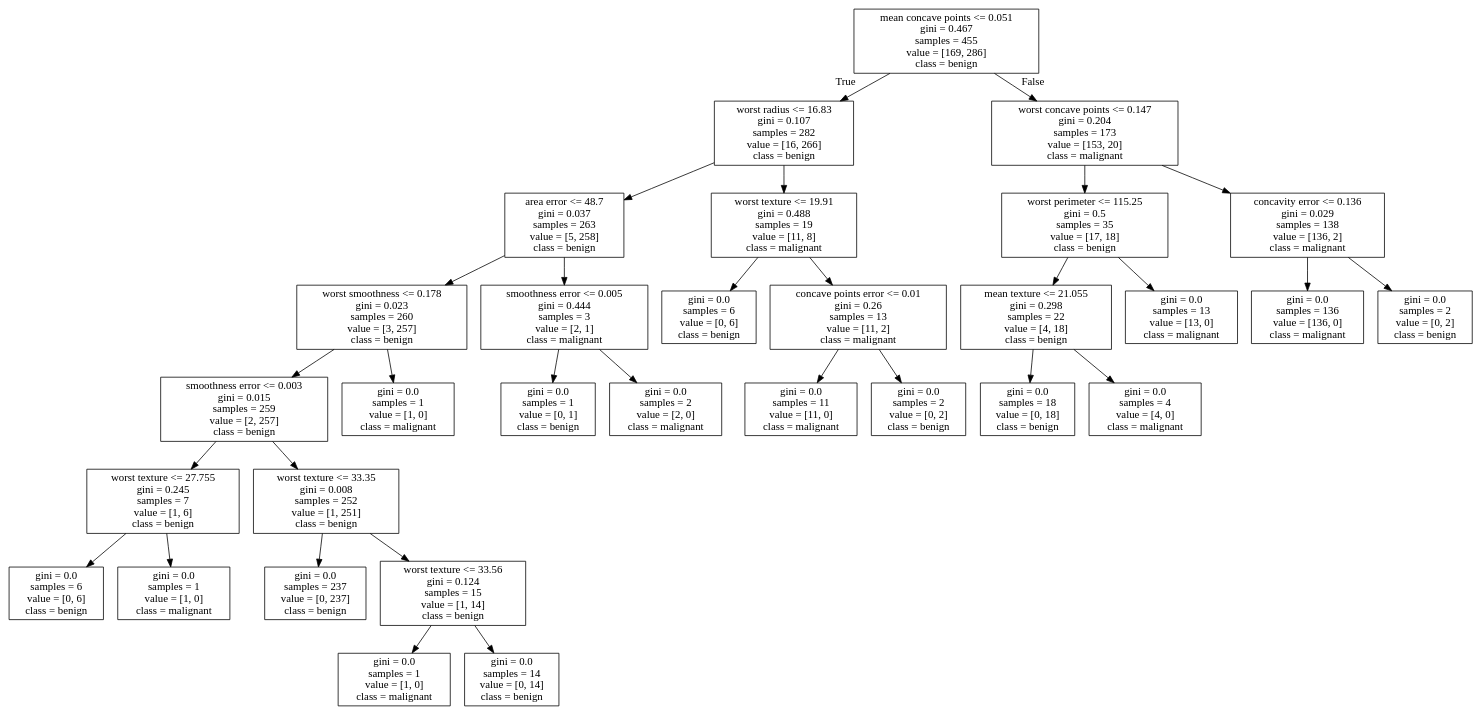
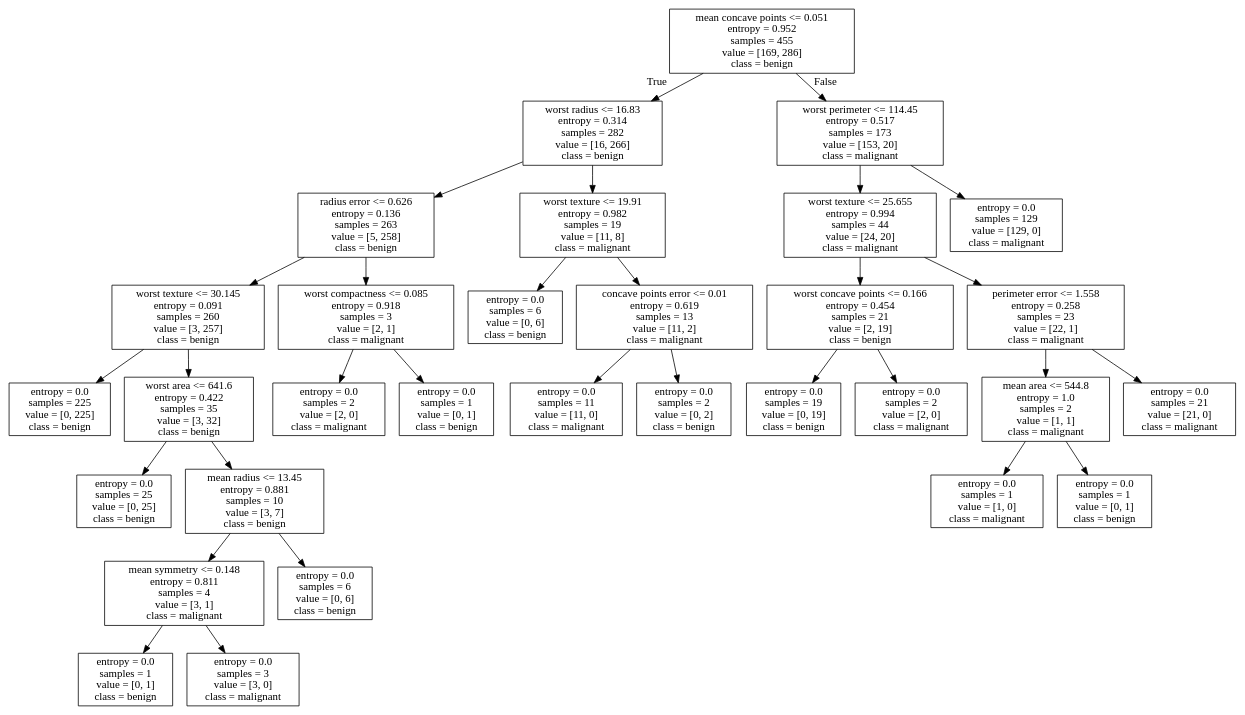
The diagram in P5_AplicacionML/tree.dot (Pedr0714/-CTE0156-holamundo), drawn with Graphviz before and after one commit. The commit also changed 2 other files, not shown here.

```diff
--- a/P5_AplicacionML/tree.dot
+++ b/P5_AplicacionML/tree.dot
@@ -1,64 +1,64 @@
 digraph Tree {
 node [shape=box] ;
-0 [label="mean concave points <= 0.051\ngini = 0.467\nsamples = 455\nvalue = [169, 286]\nclass = benign"] ;
-1 [label="worst radius <= 16.83\ngini = 0.107\nsamples = 282\nvalue = [16, 266]\nclass = benign"] ;
+0 [label="mean concave points <= 0.051\nentropy = 0.952\nsamples = 455\nvalue = [169, 286]\nclass = benign"] ;
+1 [label="worst radius <= 16.83\nentropy = 0.314\nsamples = 282\nvalue = [16, 266]\nclass = benign"] ;
 0 -> 1 [labeldistance=2.5, labelangle=45, headlabel="True"] ;
-2 [label="area error <= 48.7\ngini = 0.037\nsamples = 263\nvalue = [5, 258]\nclass = benign"] ;
+2 [label="radius error <= 0.626\nentropy = 0.136\nsamples = 263\nvalue = [5, 258]\nclass = benign"] ;
 1 -> 2 ;
-3 [label="worst smoothness <= 0.178\ngini = 0.023\nsamples = 260\nvalue = [3, 257]\nclass = benign"] ;
+3 [label="worst texture <= 30.145\nentropy = 0.091\nsamples = 260\nvalue = [3, 257]\nclass = benign"] ;
 2 -> 3 ;
-4 [label="smoothness error <= 0.003\ngini = 0.015\nsamples = 259\nvalue = [2, 257]\nclass = benign"] ;
+4 [label="entropy = 0.0\nsamples = 225\nvalue = [0, 225]\nclass = benign"] ;
 3 -> 4 ;
-5 [label="worst texture <= 27.755\ngini = 0.245\nsamples = 7\nvalue = [1, 6]\nclass = benign"] ;
-4 -> 5 ;
-6 [label="gini = 0.0\nsamples = 6\nvalue = [0, 6]\nclass = benign"] ;
+5 [label="worst area <= 641.6\nentropy = 0.422\nsamples = 35\nvalue = [3, 32]\nclass = benign"] ;
+3 -> 5 ;
+6 [label="entropy = 0.0\nsamples = 25\nvalue = [0, 25]\nclass = benign"] ;
 5 -> 6 ;
-7 [label="gini = 0.0\nsamples = 1\nvalue = [1, 0]\nclass = malignant"] ;
+7 [label="mean radius <= 13.45\nentropy = 0.881\nsamples = 10\nvalue = [3, 7]\nclass = benign"] ;
 5 -> 7 ;
-8 [label="worst texture <= 33.35\ngini = 0.008\nsamples = 252\nvalue = [1, 251]\nclass = benign"] ;
-4 -> 8 ;
-9 [label="gini = 0.0\nsamples = 237\nvalue = [0, 237]\nclass = benign"] ;
+8 [label="mean symmetry <= 0.148\nentropy = 0.811\nsamples = 4\nvalue = [3, 1]\nclass = malignant"] ;
+7 -> 8 ;
+9 [label="entropy = 0.0\nsamples = 1\nvalue = [0, 1]\nclass = benign"] ;
 8 -> 9 ;
-10 [label="worst texture <= 33.56\ngini = 0.124\nsamples = 15\nvalue = [1, 14]\nclass = benign"] ;
+10 [label="entropy = 0.0\nsamples = 3\nvalue = [3, 0]\nclass = malignant"] ;
 8 -> 10 ;
-11 [label="gini = 0.0\nsamples = 1\nvalue = [1, 0]\nclass = malignant"] ;
-10 -> 11 ;
-12 [label="gini = 0.0\nsamples = 14\nvalue = [0, 14]\nclass = benign"] ;
-10 -> 12 ;
-13 [label="gini = 0.0\nsamples = 1\nvalue = [1, 0]\nclass = malignant"] ;
-3 -> 13 ;
-14 [label="smoothness error <= 0.005\ngini = 0.444\nsamples = 3\nvalue = [2, 1]\nclass = malignant"] ;
-2 -> 14 ;
-15 [label="gini = 0.0\nsamples = 1\nvalue = [0, 1]\nclass = benign"] ;
-14 -> 15 ;
-16 [label="gini = 0.0\nsamples = 2\nvalue = [2, 0]\nclass = malignant"] ;
-14 -> 16 ;
-17 [label="worst texture <= 19.91\ngini = 0.488\nsamples = 19\nvalue = [11, 8]\nclass = malignant"] ;
-1 -> 17 ;
-18 [label="gini = 0.0\nsamples = 6\nvalue = [0, 6]\nclass = benign"] ;
+11 [label="entropy = 0.0\nsamples = 6\nvalue = [0, 6]\nclass = benign"] ;
+7 -> 11 ;
+12 [label="worst compactness <= 0.085\nentropy = 0.918\nsamples = 3\nvalue = [2, 1]\nclass = malignant"] ;
+2 -> 12 ;
+13 [label="entropy = 0.0\nsamples = 2\nvalue = [2, 0]\nclass = malignant"] ;
+12 -> 13 ;
+14 [label="entropy = 0.0\nsamples = 1\nvalue = [0, 1]\nclass = benign"] ;
+12 -> 14 ;
+15 [label="worst texture <= 19.91\nentropy = 0.982\nsamples = 19\nvalue = [11, 8]\nclass = malignant"] ;
+1 -> 15 ;
+16 [label="entropy = 0.0\nsamples = 6\nvalue = [0, 6]\nclass = benign"] ;
+15 -> 16 ;
+17 [label="concave points error <= 0.01\nentropy = 0.619\nsamples = 13\nvalue = [11, 2]\nclass = malignant"] ;
+15 -> 17 ;
+18 [label="entropy = 0.0\nsamples = 11\nvalue = [11, 0]\nclass = malignant"] ;
 17 -> 18 ;
-19 [label="concave points error <= 0.01\ngini = 0.26\nsamples = 13\nvalue = [11, 2]\nclass = malignant"] ;
+19 [label="entropy = 0.0\nsamples = 2\nvalue = [0, 2]\nclass = benign"] ;
 17 -> 19 ;
-20 [label="gini = 0.0\nsamples = 11\nvalue = [11, 0]\nclass = malignant"] ;
-19 -> 20 ;
-21 [label="gini = 0.0\nsamples = 2\nvalue = [0, 2]\nclass = benign"] ;
-19 -> 21 ;
-22 [label="worst concave points <= 0.147\ngini = 0.204\nsamples = 173\nvalue = [153, 20]\nclass = malignant"] ;
-0 -> 22 [labeldistance=2.5, labelangle=-45, headlabel="False"] ;
-23 [label="worst perimeter <= 115.25\ngini = 0.5\nsamples = 35\nvalue = [17, 18]\nclass = benign"] ;
+20 [label="worst perimeter <= 114.45\nentropy = 0.517\nsamples = 173\nvalue = [153, 20]\nclass = malignant"] ;
+0 -> 20 [labeldistance=2.5, labelangle=-45, headlabel="False"] ;
+21 [label="worst texture <= 25.655\nentropy = 0.994\nsamples = 44\nvalue = [24, 20]\nclass = malignant"] ;
+20 -> 21 ;
+22 [label="worst concave points <= 0.166\nentropy = 0.454\nsamples = 21\nvalue = [2, 19]\nclass = benign"] ;
+21 -> 22 ;
+23 [label="entropy = 0.0\nsamples = 19\nvalue = [0, 19]\nclass = benign"] ;
 22 -> 23 ;
-24 [label="mean texture <= 21.055\ngini = 0.298\nsamples = 22\nvalue = [4, 18]\nclass = benign"] ;
-23 -> 24 ;
-25 [label="gini = 0.0\nsamples = 18\nvalue = [0, 18]\nclass = benign"] ;
-24 -> 25 ;
-26 [label="gini = 0.0\nsamples = 4\nvalue = [4, 0]\nclass = malignant"] ;
-24 -> 26 ;
-27 [label="gini = 0.0\nsamples = 13\nvalue = [13, 0]\nclass = malignant"] ;
-23 -> 27 ;
-28 [label="concavity error <= 0.136\ngini = 0.029\nsamples = 138\nvalue = [136, 2]\nclass = malignant"] ;
-22 -> 28 ;
-29 [label="gini = 0.0\nsamples = 136\nvalue = [136, 0]\nclass = malignant"] ;
-28 -> 29 ;
-30 [label="gini = 0.0\nsamples = 2\nvalue = [0, 2]\nclass = benign"] ;
-28 -> 30 ;
+24 [label="entropy = 0.0\nsamples = 2\nvalue = [2, 0]\nclass = malignant"] ;
+22 -> 24 ;
+25 [label="perimeter error <= 1.558\nentropy = 0.258\nsamples = 23\nvalue = [22, 1]\nclass = malignant"] ;
+21 -> 25 ;
+26 [label="mean area <= 544.8\nentropy = 1.0\nsamples = 2\nvalue = [1, 1]\nclass = malignant"] ;
+25 -> 26 ;
+27 [label="entropy = 0.0\nsamples = 1\nvalue = [1, 0]\nclass = malignant"] ;
+26 -> 27 ;
+28 [label="entropy = 0.0\nsamples = 1\nvalue = [0, 1]\nclass = benign"] ;
+26 -> 28 ;
+29 [label="entropy = 0.0\nsamples = 21\nvalue = [21, 0]\nclass = malignant"] ;
+25 -> 29 ;
+30 [label="entropy = 0.0\nsamples = 129\nvalue = [129, 0]\nclass = malignant"] ;
+20 -> 30 ;
 }
```
